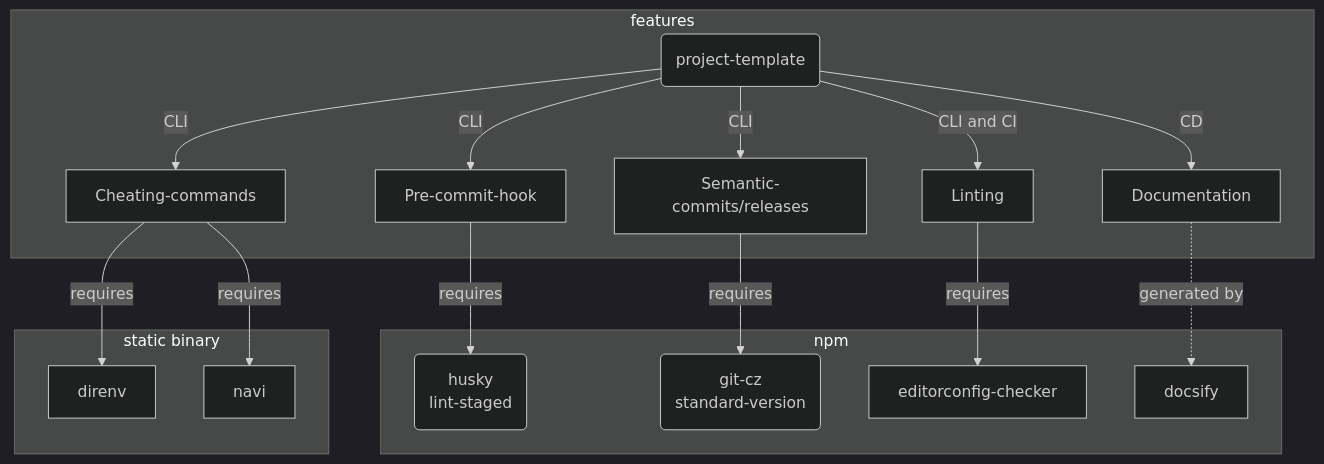
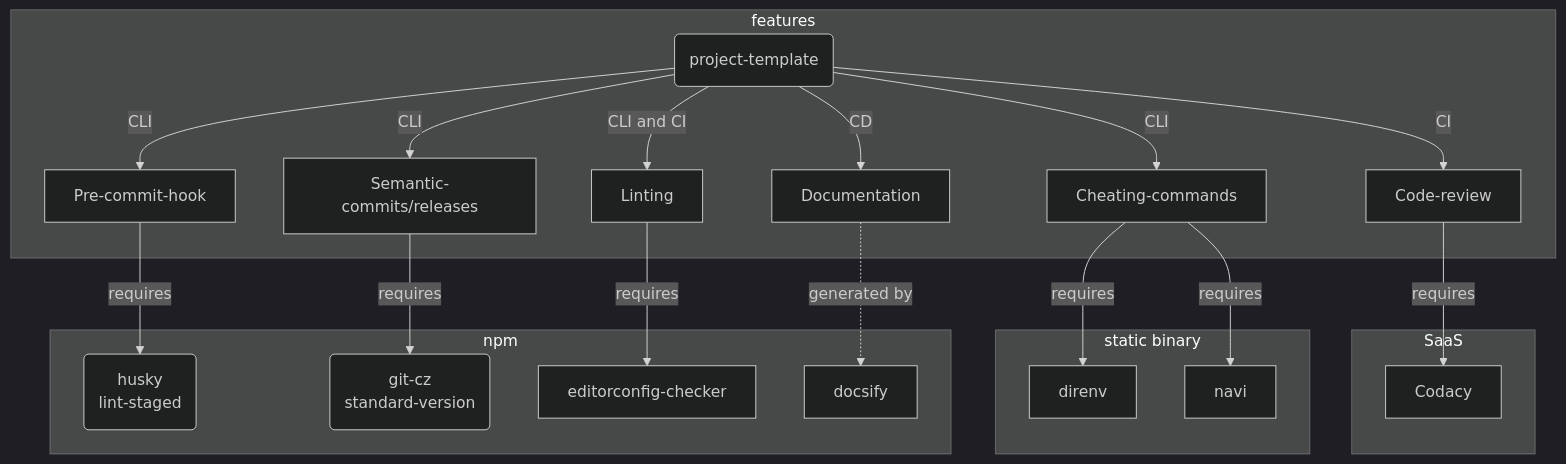
Before and after one commit to Torimune29/rust-project-template: the diagram in README.md, drawn with Mermaid (dark theme). The commit also changed other lines of this file, not shown here.

````diff
--- a/README.md
+++ b/README.md
@@ -53,24 +58,28 @@
 ```mermaid
 flowchart TB
     repo(project-template)
     precommit(husky<br>lint-staged)
     commit(git-cz<br>standard-version)
     repo
     subgraph features
         repo --CLI--> Pre-commit-hook
         repo --CLI--> Cheating-commands
         repo --CLI--> Semantic-commits/releases
         repo --CLI and CI--> Linting
+        repo --CI--> Code-review
         repo --CD--> Documentation
+    end
+    subgraph SaaS
+        Code-review --requires--> Codacy
+    end
+    subgraph static binary
+        Cheating-commands --requires--> direnv
+        Cheating-commands --requires--> navi
     end
     subgraph npm
         Pre-commit-hook --requires --> precommit
         Semantic-commits/releases --requires-->commit
         Linting --requires--> editorconfig-checker
         Documentation -.generated by.-> docsify
     end
-    subgraph static binary
-        Cheating-commands --requires--> direnv
-        Cheating-commands --requires--> navi
-    end
 ```
````
